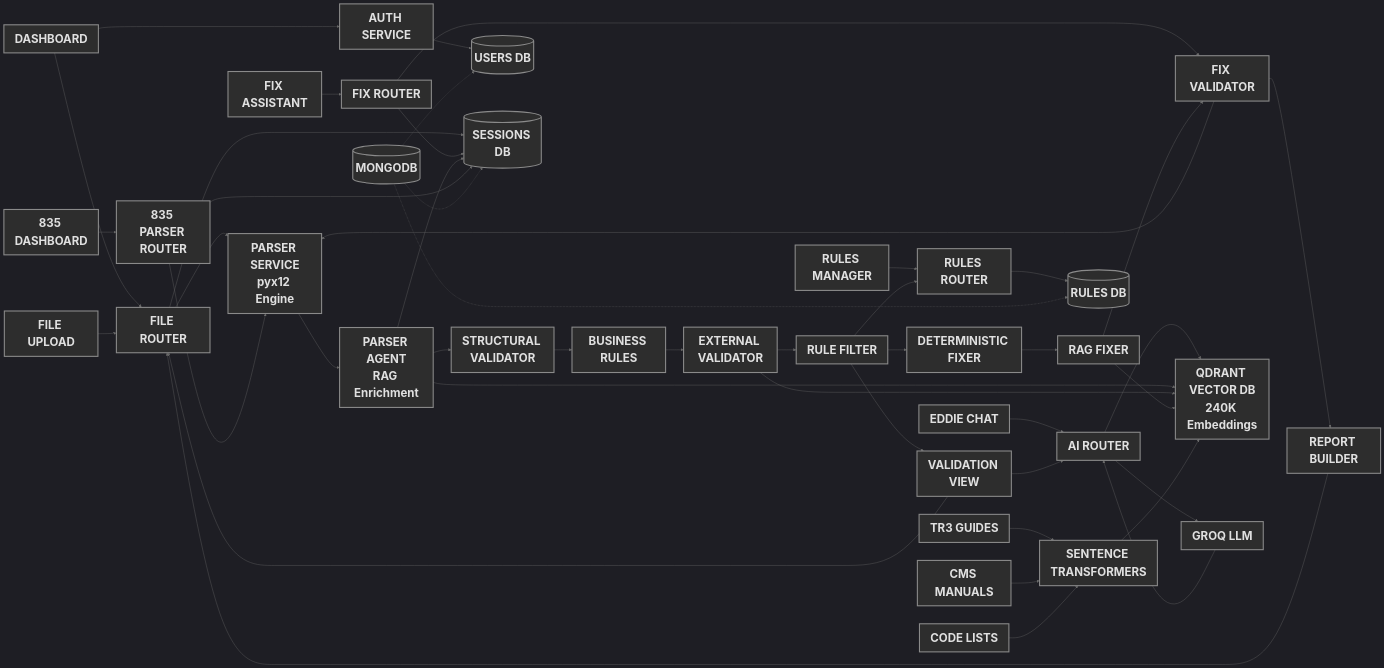
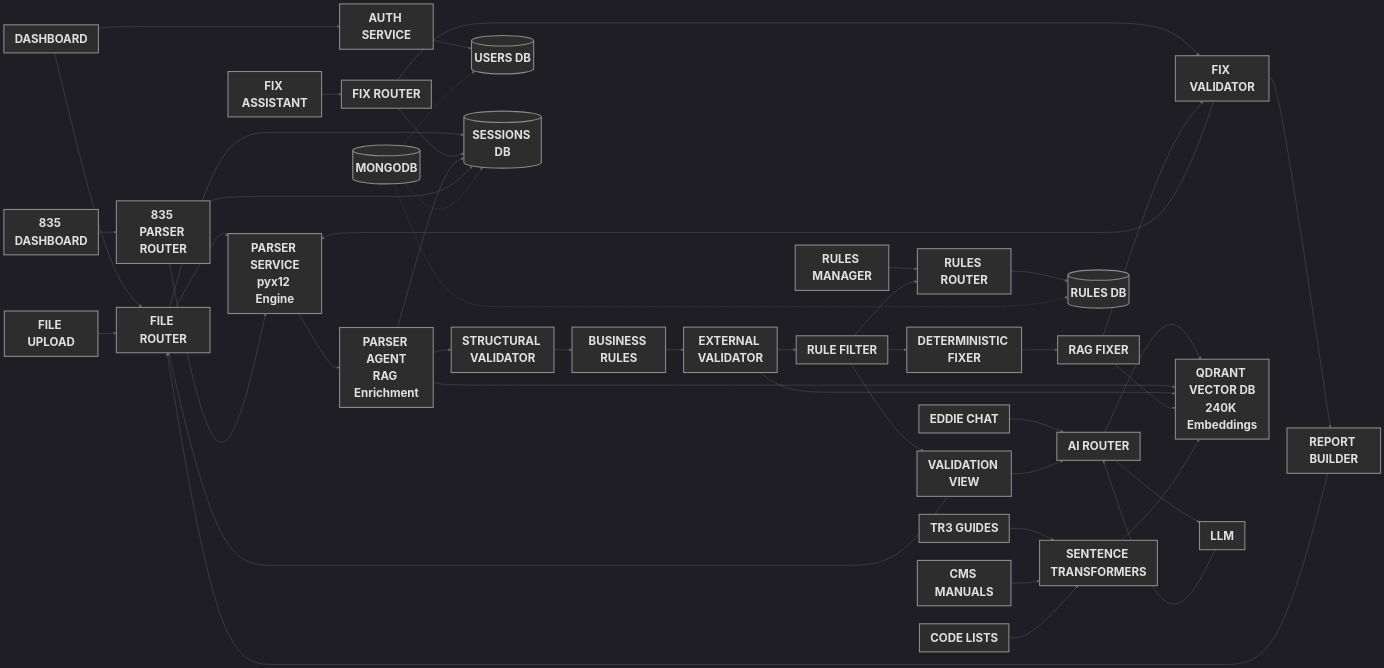
One commit to pratik3847/DevDynamos-inspiron changed the diagram in README.md. Above: the diagram before and after it, drawn with Mermaid.

Commit message:
arch diagram 10.0

```diff
--- a/README.md
+++ b/README.md
@@ -60,7 +60,7 @@
   AI3["<b>TR3 GUIDES</b>"]
   AI4["<b>CMS MANUALS</b>"]
   AI5["<b>CODE LISTS</b>"]
-  AI6["<b>GROQ LLM</b>"]
+  AI6["<b>LLM</b>"]
   
   UI1 --> A2
   UI2 --> A2
```
